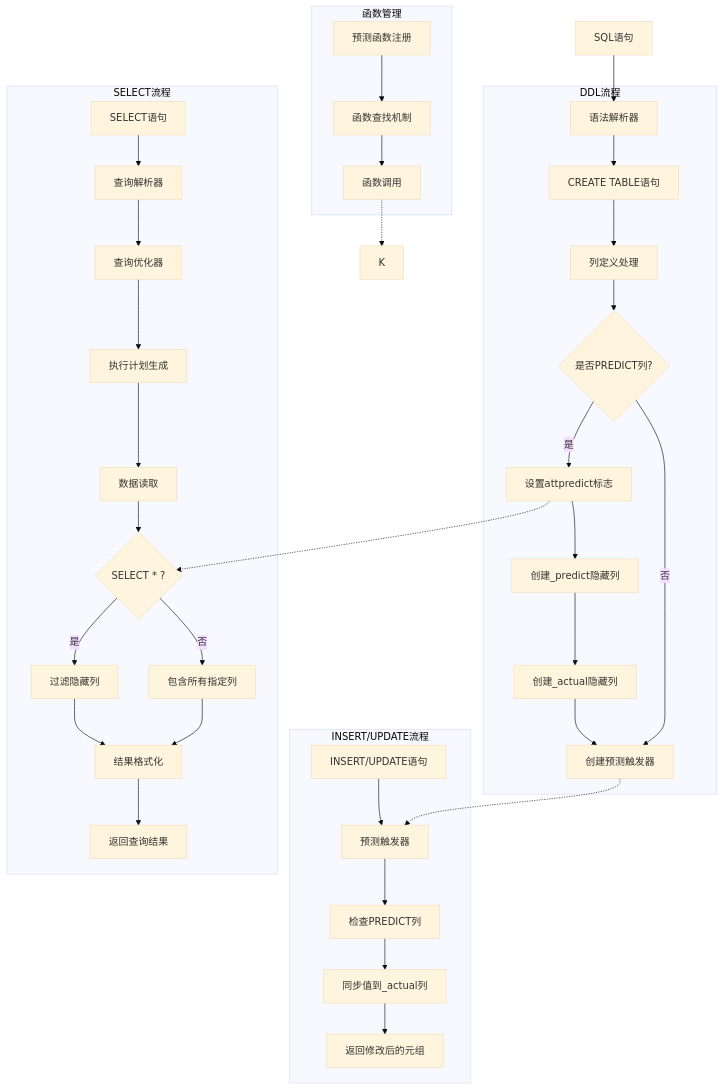
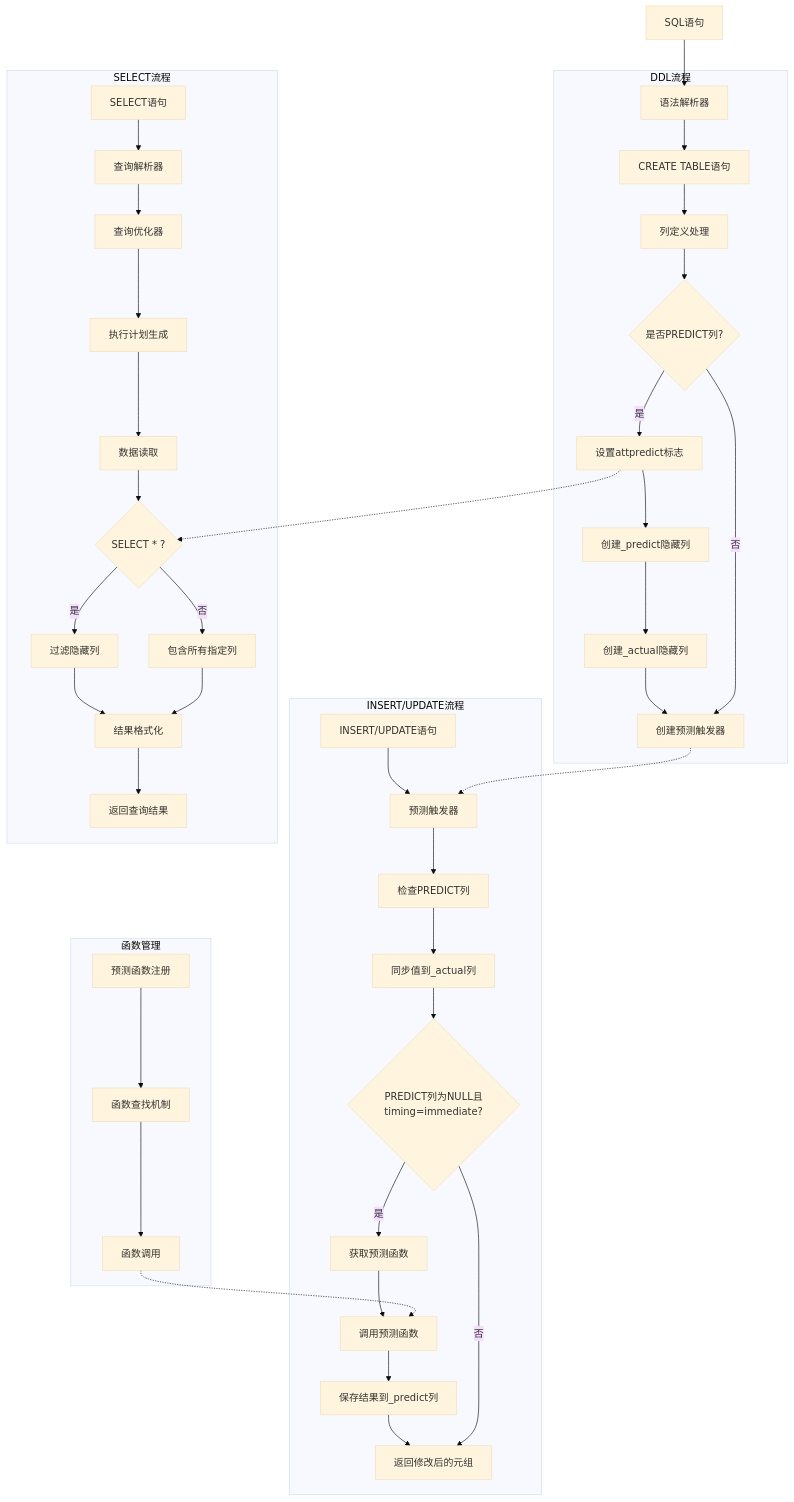
The first of 6 diagrams in doc/predict/PREDICT_DETAILED_DESIGN.md (ZhongChaoqiang/postgres), drawn with Mermaid (base theme) before and after one commit. The commit also changed other lines of this file and 1 other file, not shown here.

````diff
--- a/doc/predict/PREDICT_DETAILED_DESIGN.md
+++ b/doc/predict/PREDICT_DETAILED_DESIGN.md
@@ -34,45 +34,50 @@
 ```mermaid
 graph TB
     A[SQL语句] --> B[语法解析器]
     
     subgraph "DDL流程"
         B --> C[CREATE TABLE语句]
         C --> D[列定义处理]
         D --> E{是否PREDICT列?}
         E -->|是| E1[设置attpredict标志]
         E1 --> E2[创建_predict隐藏列]
         E2 --> E3[创建_actual隐藏列]
         E3 --> F[创建预测触发器]
         E -->|否| F
     end
     
     subgraph "INSERT/UPDATE流程"
         G[INSERT/UPDATE语句] --> H[预测触发器]
         H --> I[检查PREDICT列]
         I --> I1[同步值到_actual列]
-        I1 --> M[返回修改后的元组]
+        I1 --> I2{PREDICT列为NULL且timing=immediate?}
+        I2 -->|是| J[获取预测函数]
+        J --> K[调用预测函数]
+        K --> L[保存结果到_predict列]
+        L --> M[返回修改后的元组]
+        I2 -->|否| M
     end
     
     subgraph "SELECT流程"
         Q[SELECT语句] --> R[查询解析器]
         R --> S[查询优化器]
         S --> T[执行计划生成]
         T --> U[数据读取]
         U --> V{SELECT * ?}
         V -->|是| V1[过滤隐藏列]
         V -->|否| V2[包含所有指定列]
         V1 --> W[结果格式化]
         V2 --> W
         W --> X[返回查询结果]
     end
     
     subgraph "函数管理"
         N[预测函数注册] --> O[函数查找机制]
         O --> P[函数调用]
     end
     
     %% 跨流程连接
     E1 -.-> V
     P -.-> K
     F -.-> H
 ```
````
